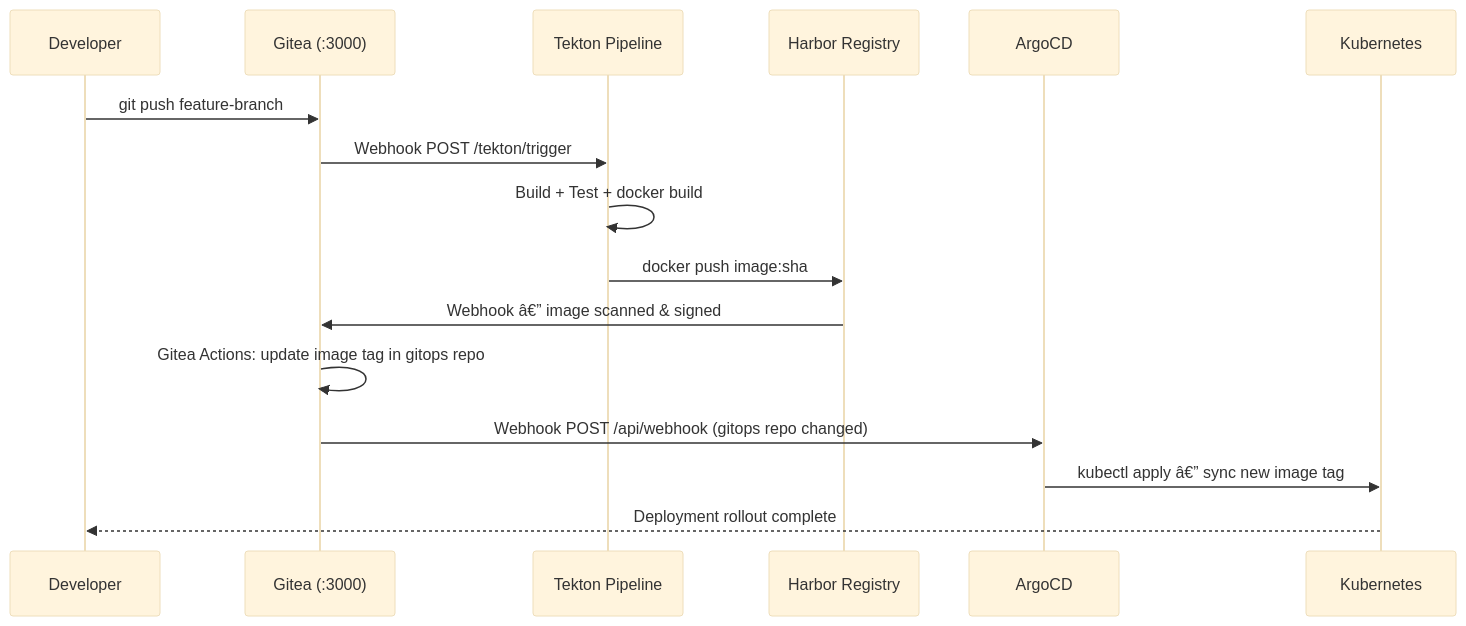
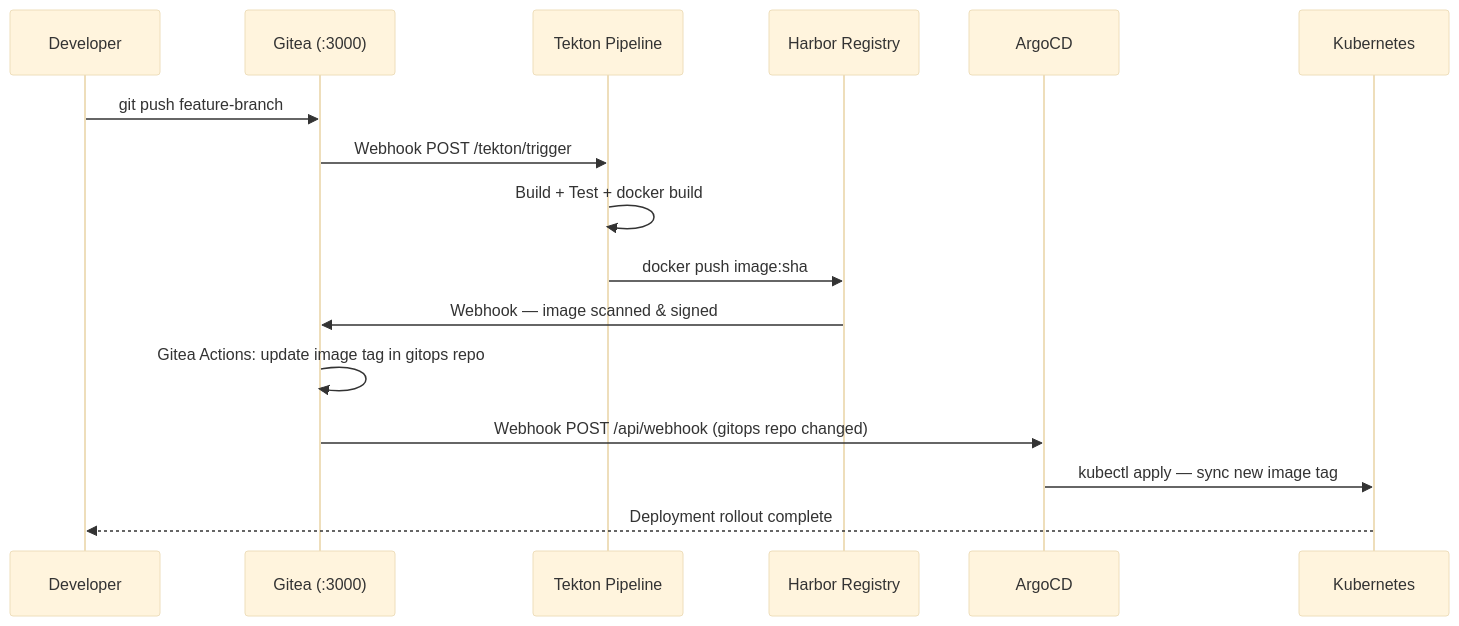
Before and after one commit to prabhat-roy/ShopOS: the diagram in helm/infra/registry/gitea/README.md, drawn with Mermaid (base theme). The commit also changed other lines of this file and 2221 other files, not shown here.

````diff
--- a/helm/infra/registry/gitea/README.md
+++ b/helm/infra/registry/gitea/README.md
@@ -23,19 +23,19 @@
 ```mermaid
 sequenceDiagram
     participant Dev as Developer
     participant Gitea as Gitea (:3000)
     participant Tekton as Tekton Pipeline
     participant Harbor as Harbor Registry
     participant ArgoCd as ArgoCD
     participant K8s as Kubernetes
 
     Dev->>Gitea: git push feature-branch
     Gitea->>Tekton: Webhook POST /tekton/trigger
     Tekton->>Tekton: Build + Test + docker build
     Tekton->>Harbor: docker push image:sha
-    Harbor->>Gitea: Webhook â€” image scanned & signed
+    Harbor->>Gitea: Webhook — image scanned & signed
     Gitea->>Gitea: Gitea Actions: update image tag in gitops repo
     Gitea->>ArgoCd: Webhook POST /api/webhook (gitops repo changed)
-    ArgoCd->>K8s: kubectl apply â€” sync new image tag
+    ArgoCd->>K8s: kubectl apply — sync new image tag
     K8s-->>Dev: Deployment rollout complete
 ```
````
